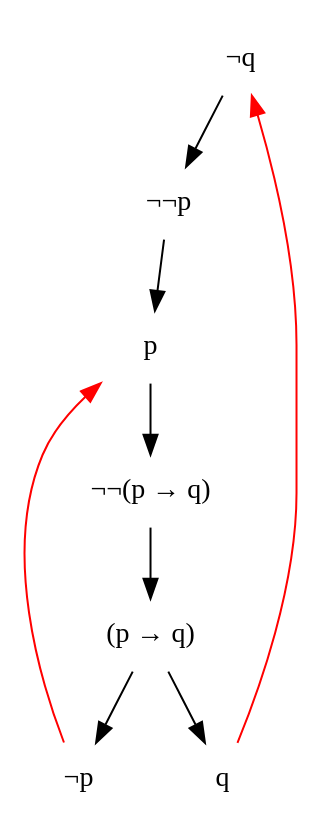
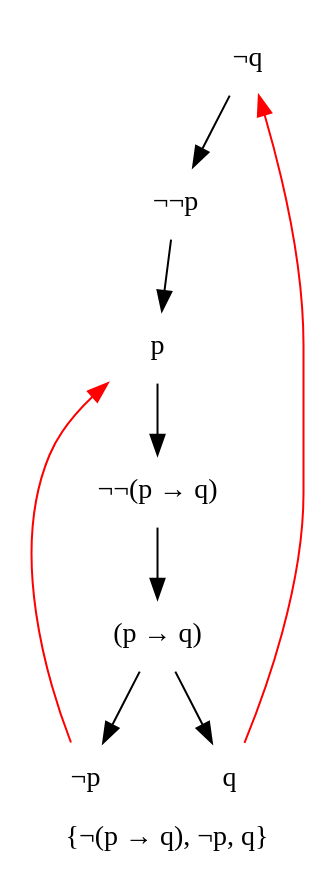
One commit to rispoli/seq-tab changed the diagram in graphviz_files/a.dot. Above: the diagram before and after it, drawn with Graphviz. The commit also changed 50 other files, not shown here.

```diff
--- a/graphviz_files/a.dot
+++ b/graphviz_files/a.dot
@@ -1,18 +1,19 @@
 digraph G {
+	label = "{&not;(p &rarr; q), &not;p, q}";
 	node [ shape = "plaintext" ];
 	0 [ label = "&not;q" ];
 	1 [ label = "&not;&not;p" ];
 	0 -> 1;
 	2 [ label = "p" ];
 	1 -> 2;
 	3 [ label = "&not;&not;(p &rarr; q)" ];
 	2 -> 3;
 	4 [ label = "(p &rarr; q)" ];
 	3 -> 4;
 	5 [ label = "&not;p" ];
 	4 -> 5;
 	5 -> 2 [ arrowtail = "normal", color = "red" ];
 	6 [ label = "q" ];
 	4 -> 6;
 	6 -> 0 [ arrowtail = "normal", color = "red" ];
 }
```
